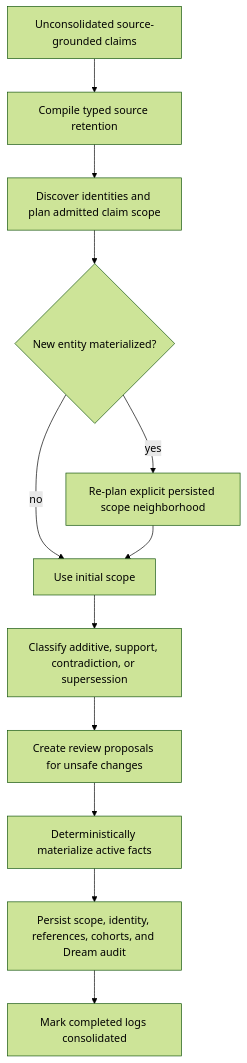
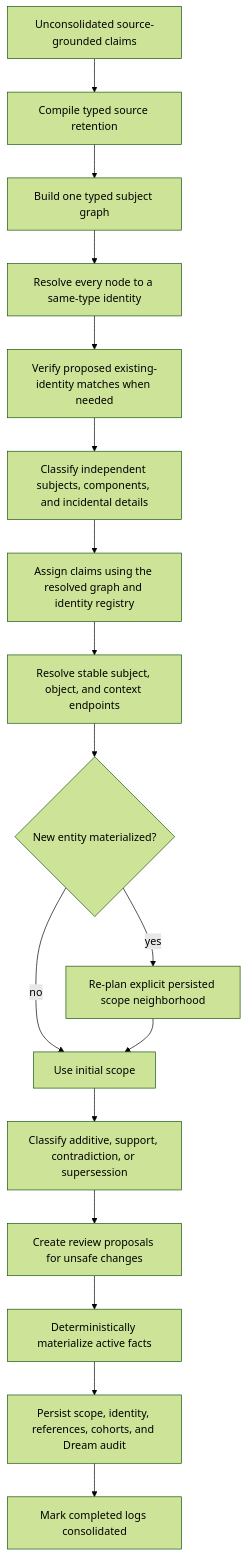
The diagram in DESIGN.md (nsadras/mycelium), drawn with Mermaid (forest theme) before and after one commit. The commit also changed other lines of this file and 8 other files, not shown here.

Commit message:
Implement entity graph identity workflow

````diff
--- a/DESIGN.md
+++ b/DESIGN.md
@@ -85,14 +85,19 @@
 ```mermaid
 flowchart TD
     A[Unconsolidated source-grounded claims] --> B[Compile typed source retention]
-    B --> C[Discover identities and plan admitted claim scope]
-    C --> D{New entity materialized?}
-    D -->|yes| E[Re-plan explicit persisted scope neighborhood]
-    D -->|no| F[Use initial scope]
-    E --> F
-    F --> G[Classify additive, support, contradiction, or supersession]
-    G --> H[Create review proposals for unsafe changes]
-    H --> I[Deterministically materialize active facts]
-    I --> J[Persist scope, identity, references, cohorts, and Dream audit]
-    J --> K[Mark completed logs consolidated]
+    B --> C[Build one typed subject graph]
+    C --> D[Resolve every node to a same-type identity]
+    D --> E[Verify proposed existing-identity matches when needed]
+    E --> F[Classify independent subjects, components, and incidental details]
+    F --> H[Assign claims using the resolved graph and identity registry]
+    H --> I[Resolve stable subject, object, and context endpoints]
+    I --> J{New entity materialized?}
+    J -->|yes| K[Re-plan explicit persisted scope neighborhood]
+    J -->|no| L[Use initial scope]
+    K --> L
+    L --> M[Classify additive, support, contradiction, or supersession]
+    M --> N[Create review proposals for unsafe changes]
+    N --> O[Deterministically materialize active facts]
+    O --> P[Persist scope, identity, references, cohorts, and Dream audit]
+    P --> Q[Mark completed logs consolidated]
 ```
````
